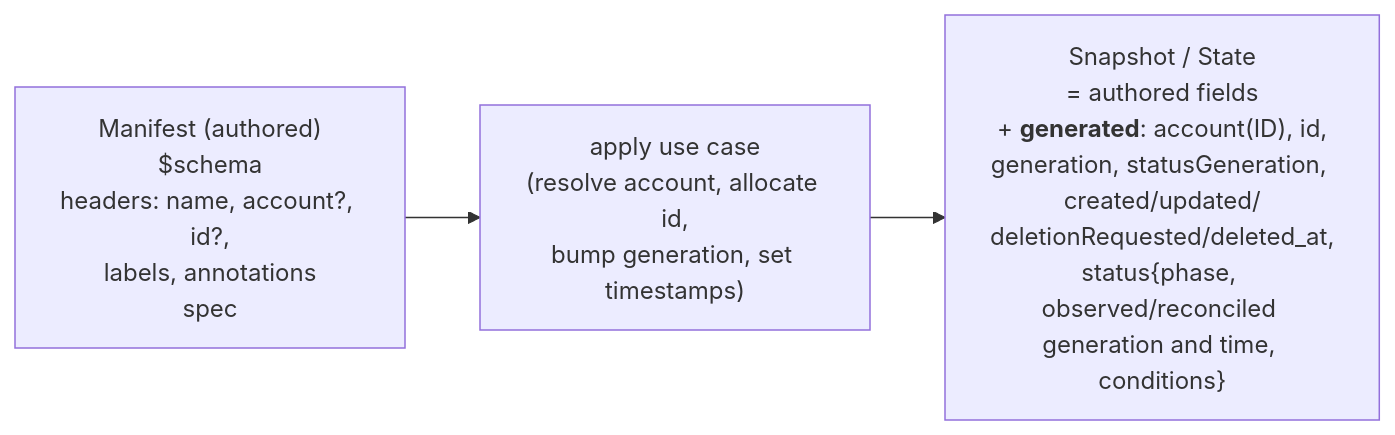
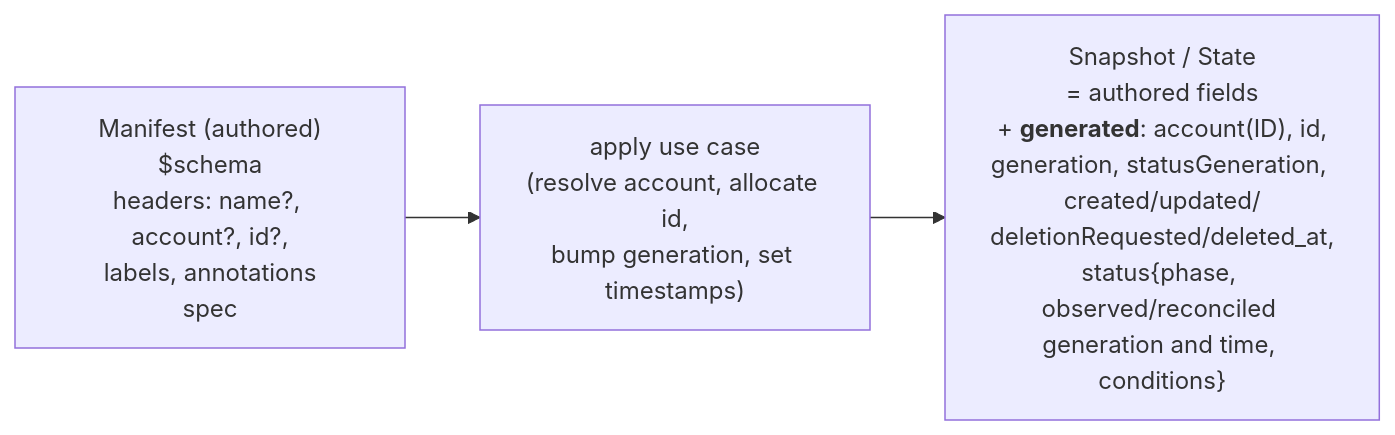
The diagram in docs/internal/resources-anatomy.md (kamu-data/kamu-cli), drawn with Mermaid before and after one commit. The commit also changed other lines of this file and 85 other files, not shown here.

````diff
--- a/docs/internal/resources-anatomy.md
+++ b/docs/internal/resources-anatomy.md
@@ -244,7 +245,7 @@
 ```mermaid
 flowchart LR
-    M["Manifest (authored)<br/>$schema<br/>headers: name, account?, id?,<br/>labels, annotations<br/>spec"]
+    M["Manifest (authored)<br/>$schema<br/>headers: name?, account?, id?,<br/>labels, annotations<br/>spec"]
     A["apply use case<br/>(resolve account, allocate id,<br/>bump generation, set timestamps)"]
     S["Snapshot / State<br/>= authored fields<br/>+ <b>generated</b>: account(ID), id,<br/>generation, statusGeneration, created/updated/<br/>deletionRequested/deleted_at,<br/>status{phase, observed/reconciled generation and time, conditions}"]
     M --> A --> S
 ```
````
